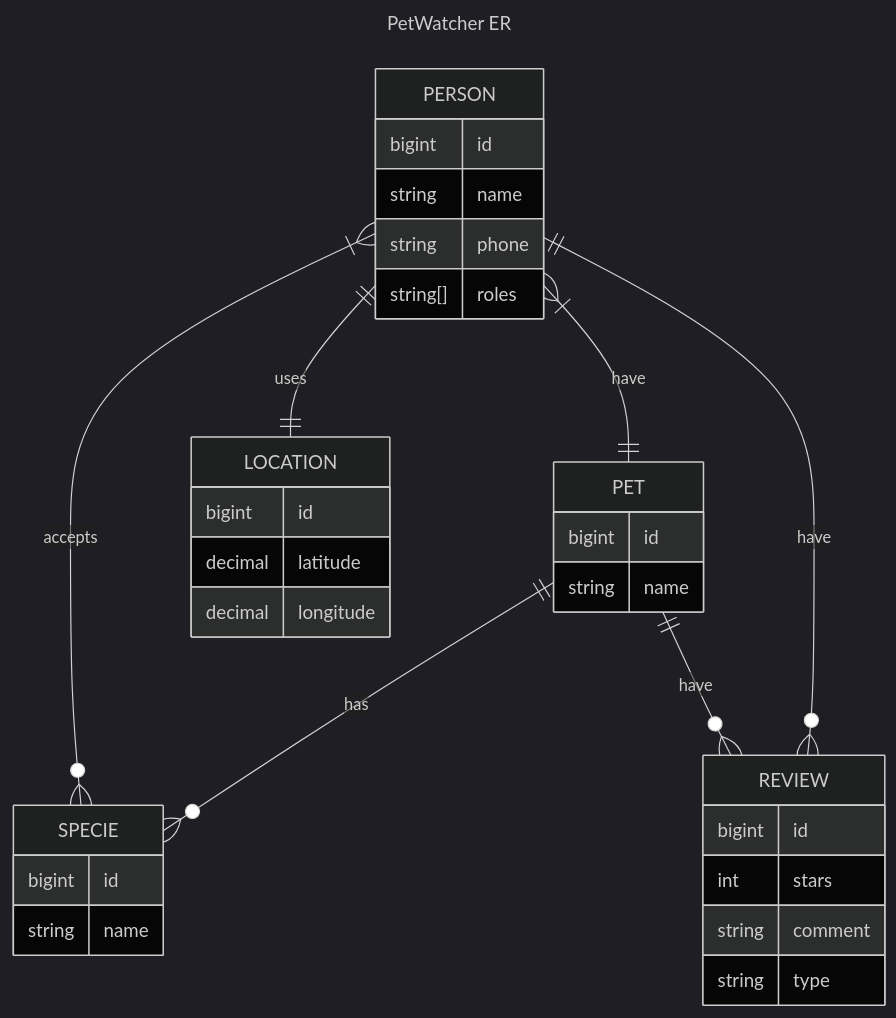
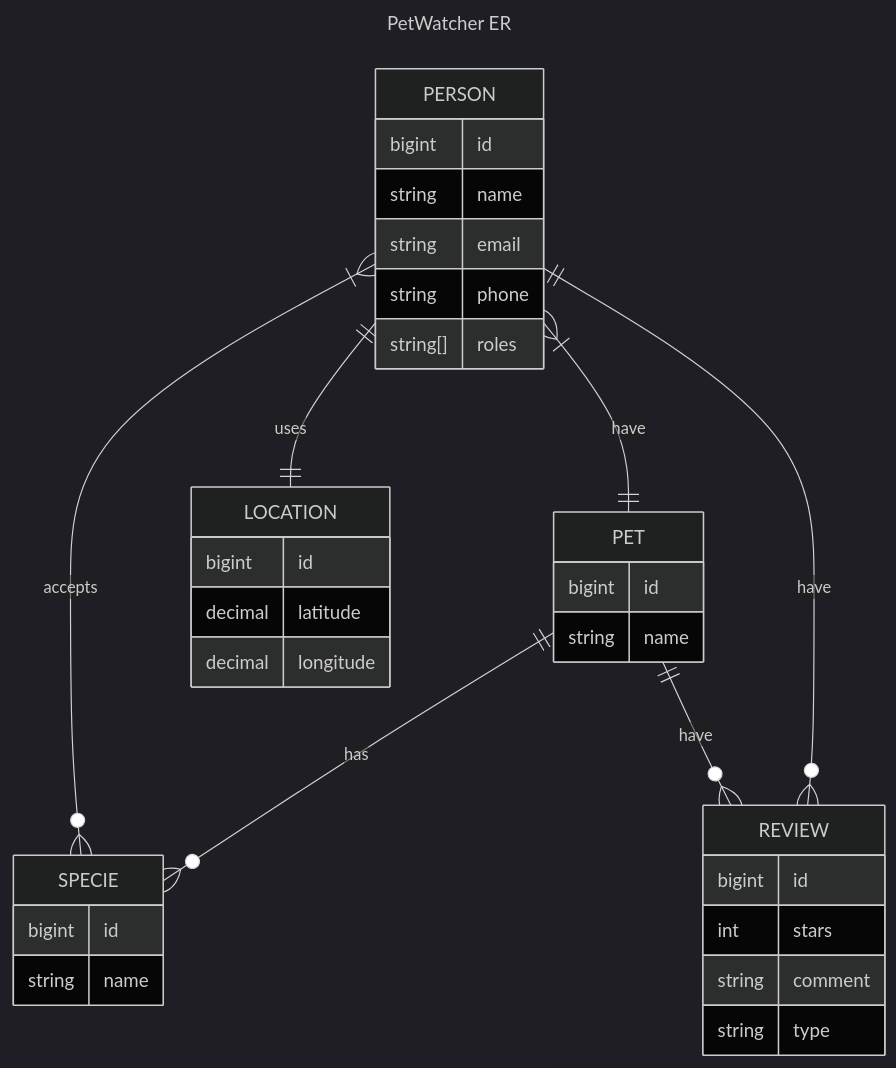
Before and after one commit to saviocangussu-pet/hackaton-petwatcher: the diagram in README.md, drawn with Mermaid (dark theme). The commit also changed 32 other files, not shown here.

````diff
--- a/README.md
+++ b/README.md
@@ -29,38 +29,39 @@
 ```mermaid
 ---
 title: PetWatcher ER
 ---
 erDiagram
   PERSON }|--|| PET : have
   PERSON ||--|| LOCATION : uses
   PERSON }|--o{ SPECIE : accepts
   PET ||--o{ SPECIE : has
   PET ||--o{ REVIEW : have
   PERSON ||--o{ REVIEW : have
 
   PERSON {
     bigint id
     string name
+    string email
     string phone
     string[] roles
   }
   PET {
     bigint id
     string name
   }
   SPECIE {
     bigint id
     string name
   }
   LOCATION {
     bigint id
     decimal latitude
     decimal longitude
   }
   REVIEW {
     bigint id
     int stars
     string comment
     string type
   }
 ```
````
